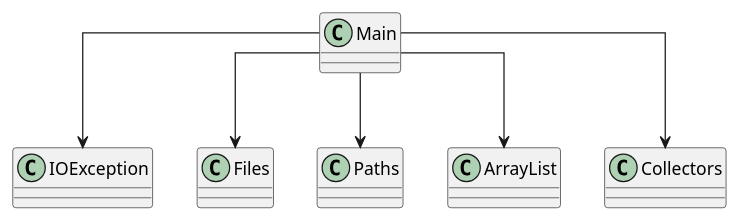
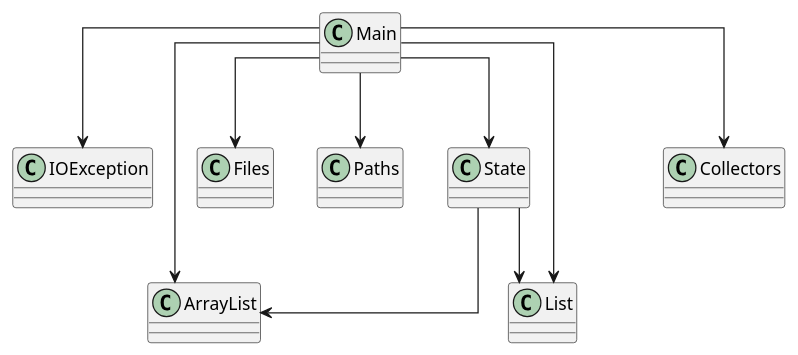
The diagram in diagram.puml (SirMathhman/Magma), drawn with PlantUML before and after one commit. The commit also changed 2 other files, not shown here.

```diff
--- a/diagram.puml
+++ b/diagram.puml
@@ -1,9 +1,14 @@
 @startuml
 skinparam linetype ortho
 class Main
+Main --> State
 Main --> IOException
 Main --> Files
 Main --> Paths
 Main --> ArrayList
+Main --> List
 Main --> Collectors
+class State
+State --> ArrayList
+State --> List
 @enduml
```
